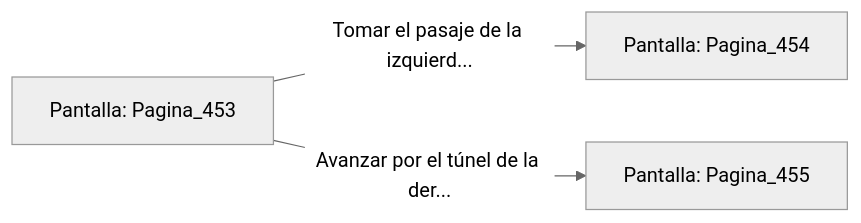
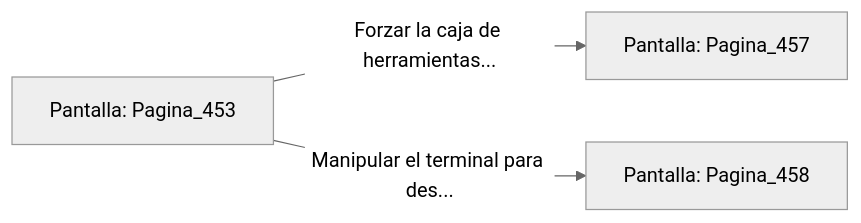
Before and after one commit to metsuke/mpl: the diagram in sample/eligejuego-vault/Pantalla_Pagina_453.md, drawn with Mermaid (neutral theme). The commit also changed other lines of this file and 635 other files, not shown here.

First line of the commit message:
fix: añadir Pagina_1 como pantalla inicial en capitulo_01.mpl

````diff
--- a/sample/eligejuego-vault/Pantalla_Pagina_453.md
+++ b/sample/eligejuego-vault/Pantalla_Pagina_453.md
@@ -20,6 +24,6 @@
 ```mermaid
 graph LR
     P_Pagina_453["Pantalla: Pagina_453"]
-    P_Pagina_453 -->|"Tomar el pasaje de la izquierd..."| P_Pagina_454["Pantalla: Pagina_454"]
-    P_Pagina_453 -->|"Avanzar por el túnel de la der..."| P_Pagina_455["Pantalla: Pagina_455"]
+    P_Pagina_453 -->|"Forzar la caja de herramientas..."| P_Pagina_457["Pantalla: Pagina_457"]
+    P_Pagina_453 -->|"Manipular el terminal para des..."| P_Pagina_458["Pantalla: Pagina_458"]
 ```
````
